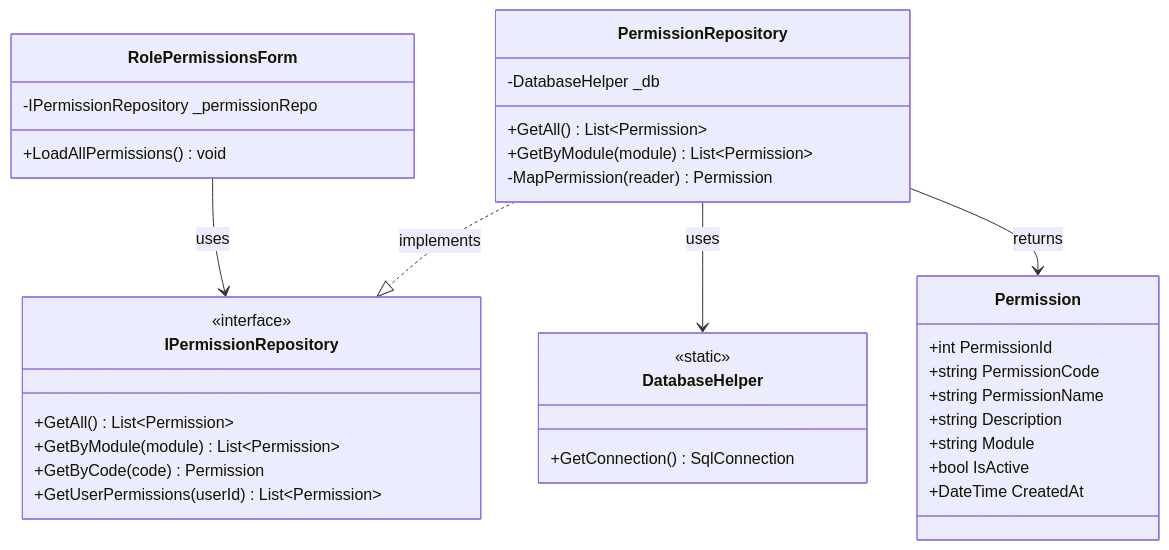
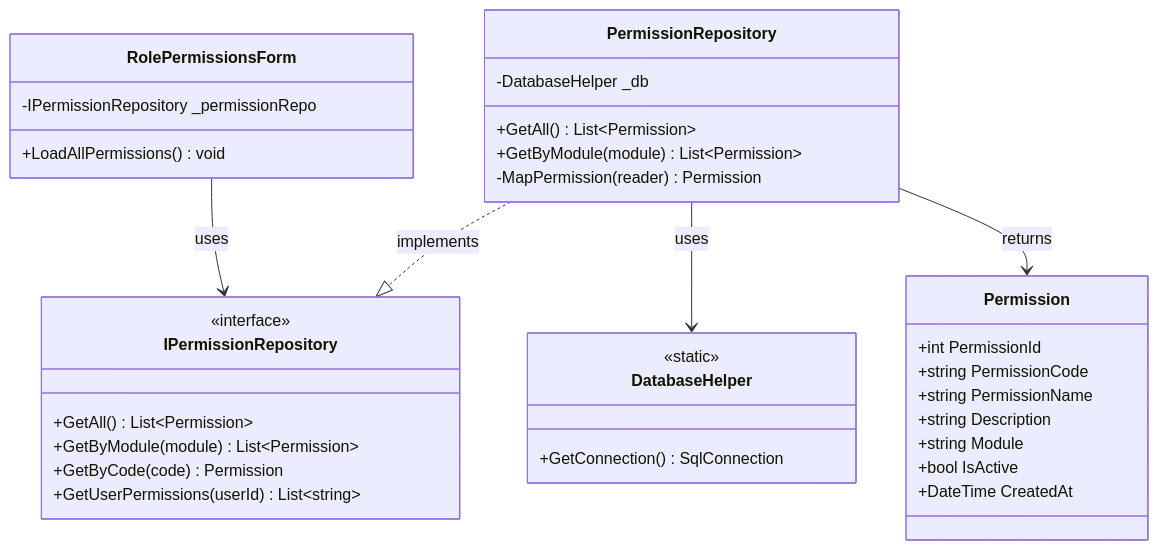
The ninth of 18 diagrams in Documentation/UML_Diagrams/20_Roles_UseCases.md (nahuk86/tp_diploma_nk_2026), drawn with Mermaid before and after one commit. The commit also changed 7 other files, not shown here.

Commit message:
docs: update UML diagrams to reflect code refactoring

````diff
--- a/Documentation/UML_Diagrams/20_Roles_UseCases.md
+++ b/Documentation/UML_Diagrams/20_Roles_UseCases.md
@@ -360,42 +360,42 @@
 ```mermaid
 classDiagram
     class RolePermissionsForm {
         -IPermissionRepository _permissionRepo
         +LoadAllPermissions() void
     }
 
     class IPermissionRepository {
         <<interface>>
         +GetAll() List~Permission~
         +GetByModule(module) List~Permission~
         +GetByCode(code) Permission
-        +GetUserPermissions(userId) List~Permission~
+        +GetUserPermissions(userId) List~string~
     }
 
     class PermissionRepository {
         -DatabaseHelper _db
         +GetAll() List~Permission~
         +GetByModule(module) List~Permission~
         -MapPermission(reader) Permission
     }
 
     class DatabaseHelper {
         <<static>>
         +GetConnection() SqlConnection
     }
 
     class Permission {
         +int PermissionId
         +string PermissionCode
         +string PermissionName
         +string Description
         +string Module
         +bool IsActive
         +DateTime CreatedAt
     }
 
     RolePermissionsForm --> IPermissionRepository : uses
     PermissionRepository ..|> IPermissionRepository : implements
     PermissionRepository --> DatabaseHelper : uses
     PermissionRepository --> Permission : returns
 ```
````
